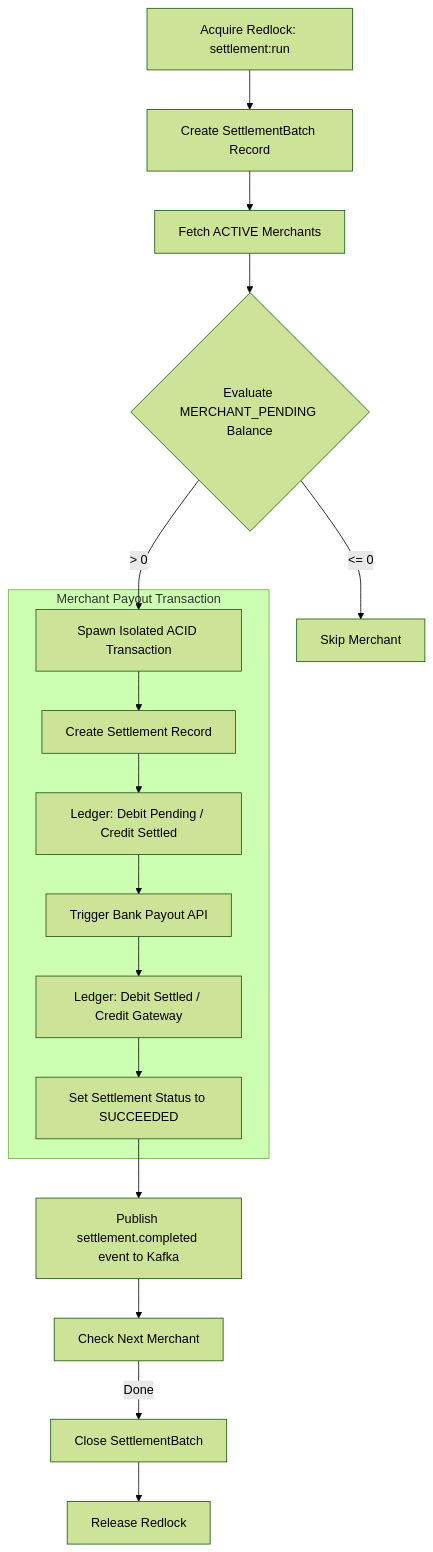
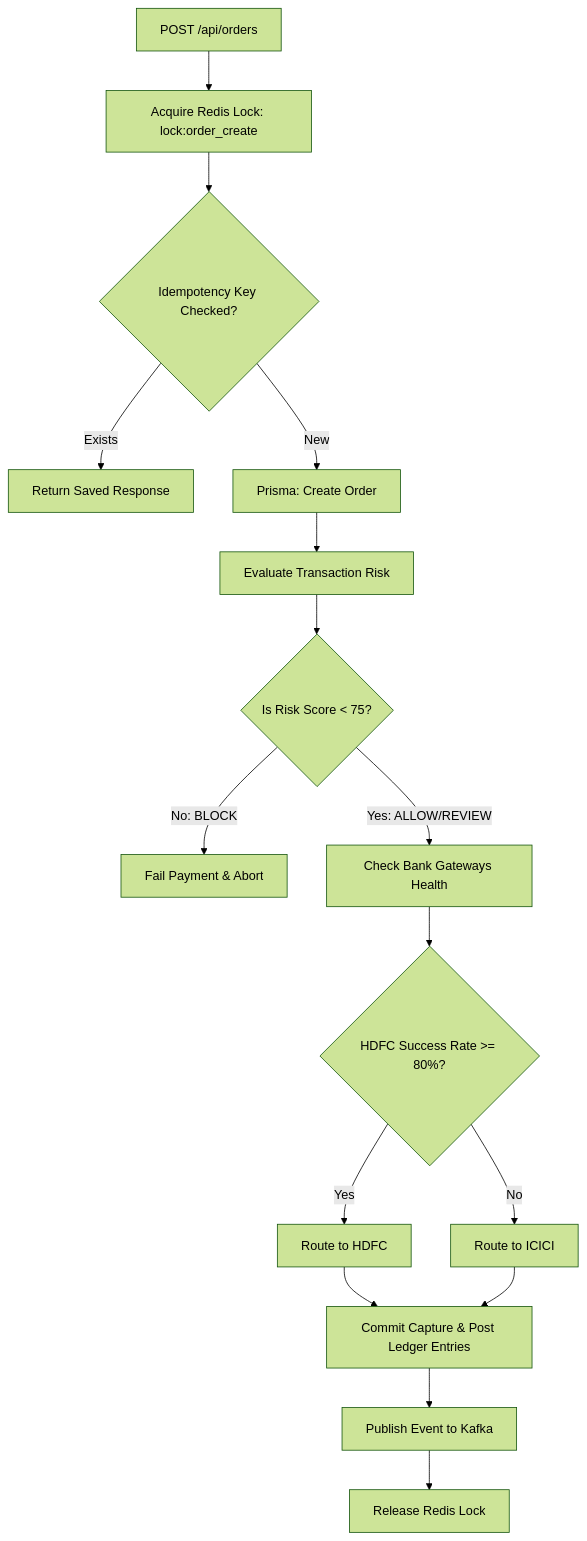
The seventh of 11 diagrams in architecture.md (Prudhvi-2412/PayNexus), drawn with Mermaid (forest theme) before and after one commit. The commit also changed other lines of this file, not shown here.

````diff
--- a/architecture.md
+++ b/architecture.md
@@ -113,23 +271,18 @@
 ```mermaid
 flowchart TD
-    A[Acquire Redlock: settlement:run] --> B[Create SettlementBatch Record]
-    B --> C[Fetch ACTIVE Merchants]
-    C --> D{Evaluate MERCHANT_PENDING Balance}
-    
-    D -->|> 0| E[Spawn Isolated ACID Transaction]
-    D -->|<= 0| F[Skip Merchant]
-    
-    subgraph Merchant Payout Transaction
-        E --> E1[Create Settlement Record]
-        E1 --> E2[Ledger: Debit Pending / Credit Settled]
-        E2 --> E3[Trigger Bank Payout API]
-        E3 --> E4[Ledger: Debit Settled / Credit Gateway]
-        E4 --> E5[Set Settlement Status to SUCCEEDED]
-    end
-    
-    E5 --> G[Publish settlement.completed event to Kafka]
-    G --> H[Check Next Merchant]
-    
-    H -->|Done| I[Close SettlementBatch]
-    I --> J[Release Redlock]
+    A[POST /api/orders] --> B[Acquire Redis Lock: lock:order_create]
+    B --> C{Idempotency Key Checked?}
+    C -->|Exists| ReturnCached[Return Saved Response]
+    C -->|New| D[Prisma: Create Order]
+    D --> E[Evaluate Transaction Risk]
+    E --> F{Is Risk Score < 75?}
+    F -->|No: BLOCK| BlockTx[Fail Payment & Abort]
+    F -->|Yes: ALLOW/REVIEW| G[Check Bank Gateways Health]
+    G --> H{HDFC Success Rate >= 80%?}
+    H -->|Yes| RouteHDFC[Route to HDFC]
+    H -->|No| RouteICICI[Route to ICICI]
+    RouteHDFC --> Commit[Commit Capture & Post Ledger Entries]
+    RouteICICI --> Commit
+    Commit --> Publish[Publish Event to Kafka]
+    Publish --> Release[Release Redis Lock]
 ```
````
